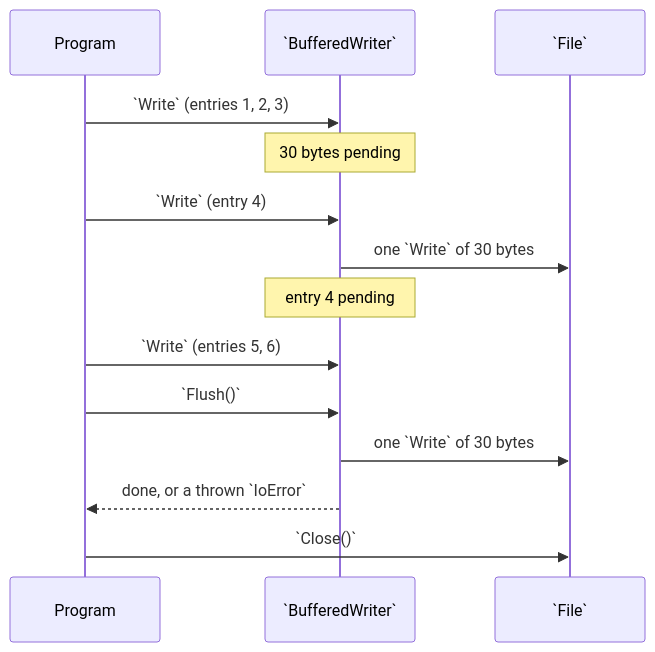
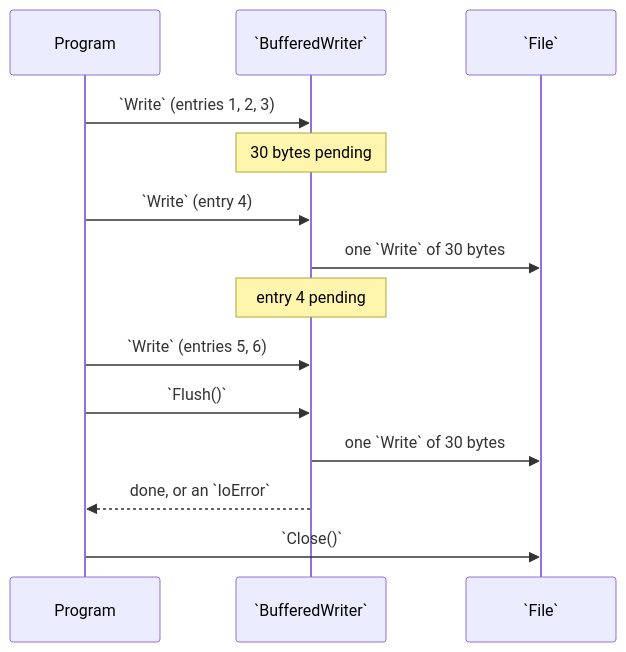
The diagram in content/docs/1.learn/19.files/08.buffered-io.md (rux-lang/Web), drawn with Mermaid before and after one commit. The commit also changed other lines of this file and 31 other files, not shown here.

````diff
--- a/content/docs/1.learn/19.files/08.buffered-io.md
+++ b/content/docs/1.learn/19.files/08.buffered-io.md
@@ -60,16 +62,16 @@
 ```mermaid
 sequenceDiagram
     participant P as Program
     participant B as `BufferedWriter`
     participant F as `File`
     P->>B: `Write` (entries 1, 2, 3)
     Note over B: 30 bytes pending
     P->>B: `Write` (entry 4)
     B->>F: one `Write` of 30 bytes
     Note over B: entry 4 pending
     P->>B: `Write` (entries 5, 6)
     P->>B: `Flush()`
     B->>F: one `Write` of 30 bytes
-    B-->>P: done, or a thrown `IoError`
+    B-->>P: done, or an `IoError`
     P->>F: `Close()`
 ```
````
